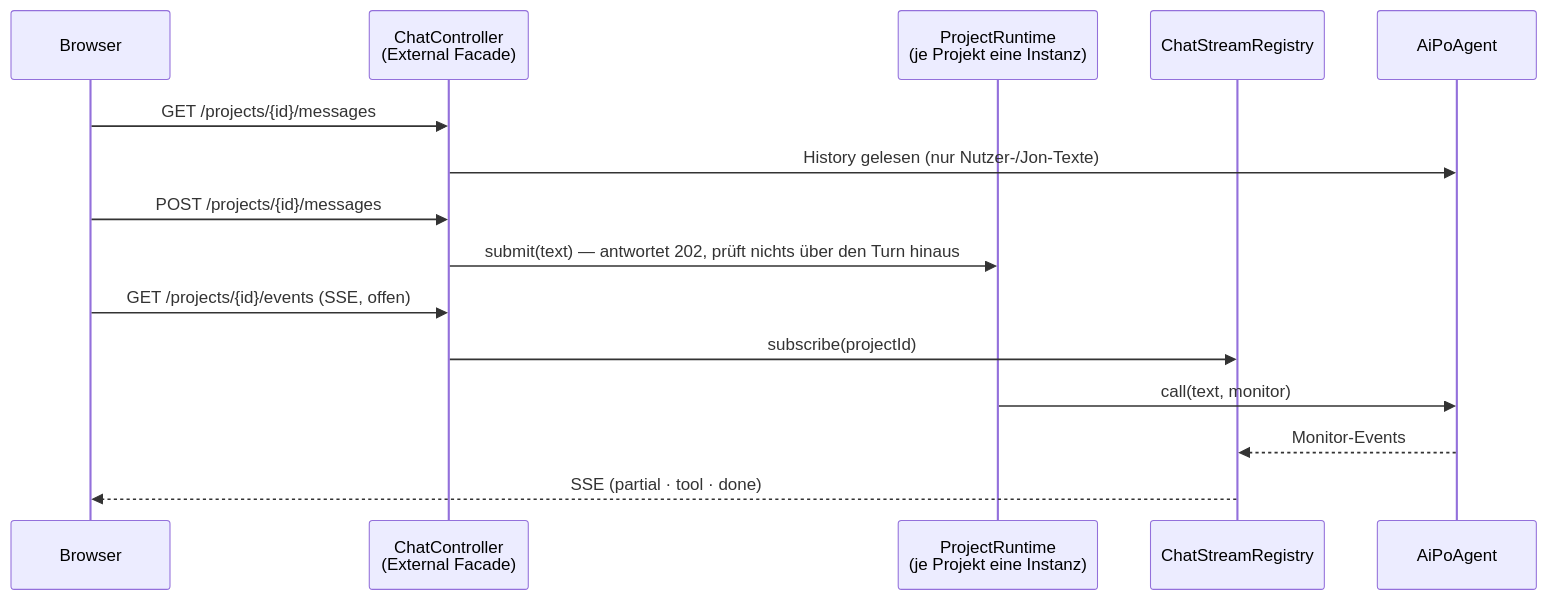
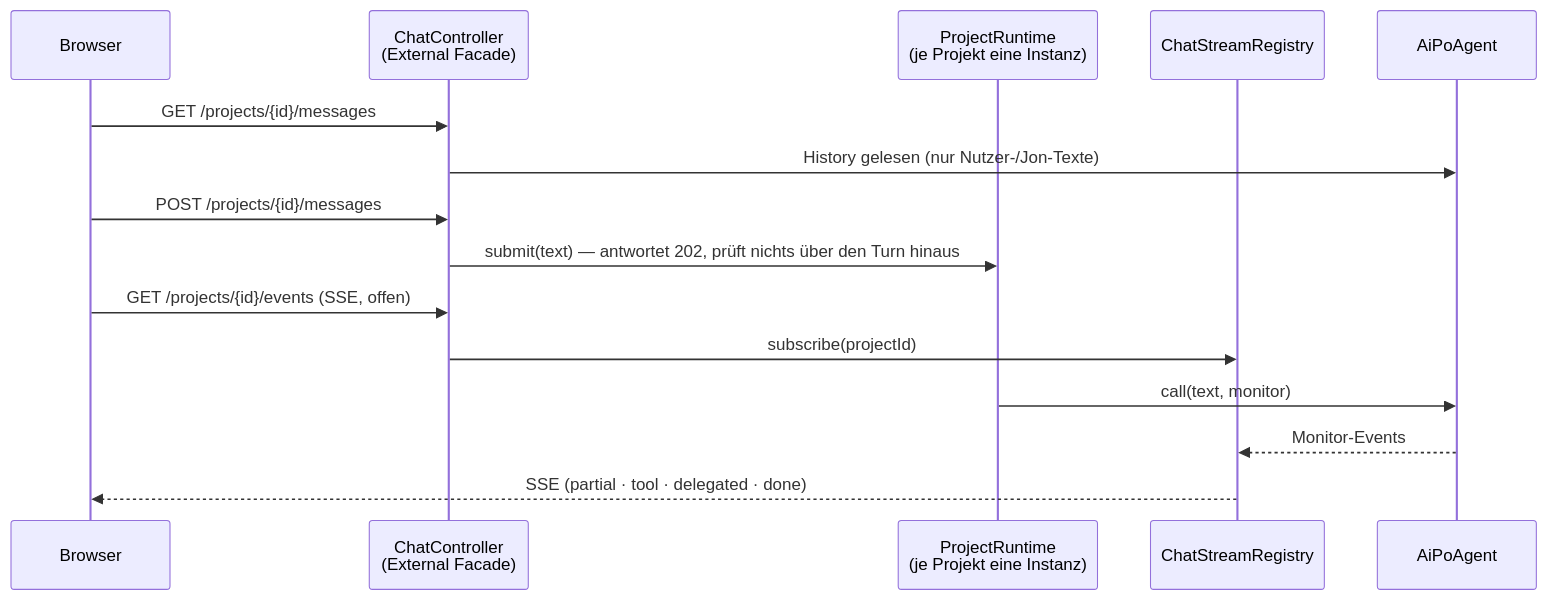
The third of 4 diagrams in aifactory/docs/aifactory-architektur.md (sterlp/eclipse-peon-ai), drawn with Mermaid before and after one commit. The commit also changed other lines of this file and 17 other files, not shown here.

````diff
--- a/aifactory/docs/aifactory-architektur.md
+++ b/aifactory/docs/aifactory-architektur.md
@@ -70,17 +70,17 @@
 ```mermaid
 sequenceDiagram
   participant B as Browser
   participant C as ChatController<br/>(External Facade)
   participant R as ProjectRuntime<br/>(je Projekt eine Instanz)
   participant K as ChatStreamRegistry
   participant J as AiPoAgent
   B->>C: GET /projects/{id}/messages
   C->>J: History gelesen (nur Nutzer-/Jon-Texte)
   B->>C: POST /projects/{id}/messages
   C->>R: submit(text) — antwortet 202, prüft nichts über den Turn hinaus
   B->>C: GET /projects/{id}/events (SSE, offen)
   C->>K: subscribe(projectId)
   R->>J: call(text, monitor)
   J-->>K: Monitor-Events
-  K-->>B: SSE (partial · tool · done)
+  K-->>B: SSE (partial · tool · delegated · done)
 ```
````
